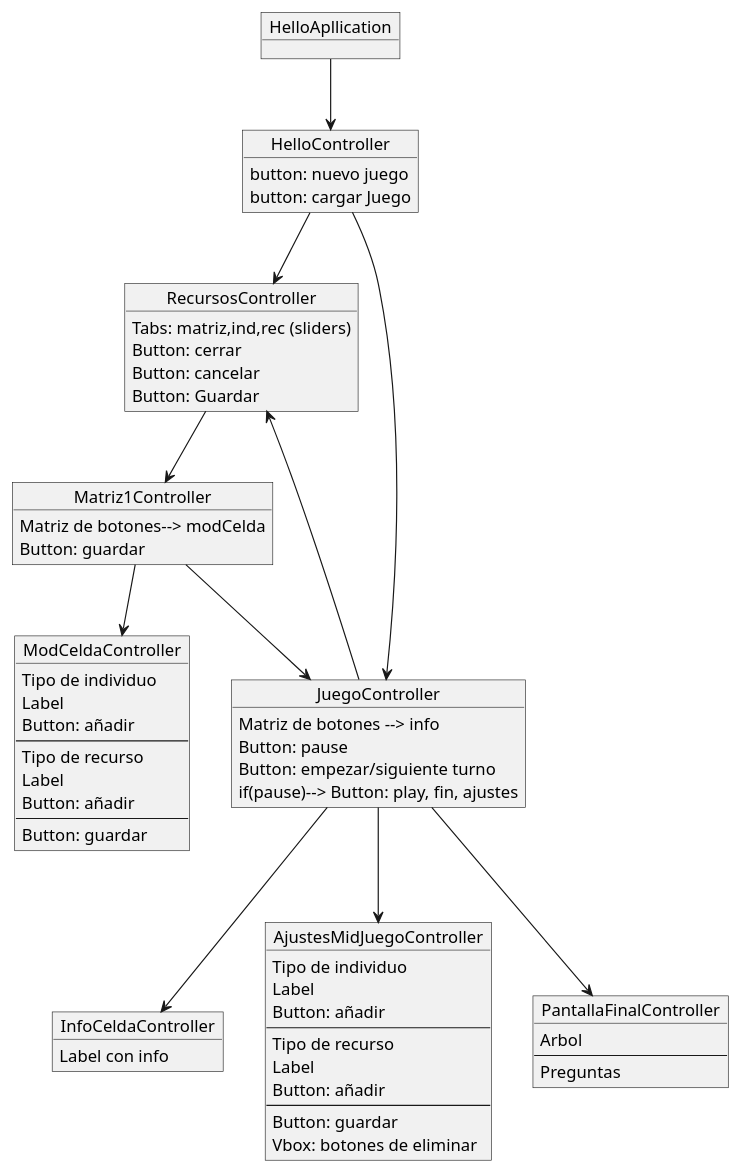
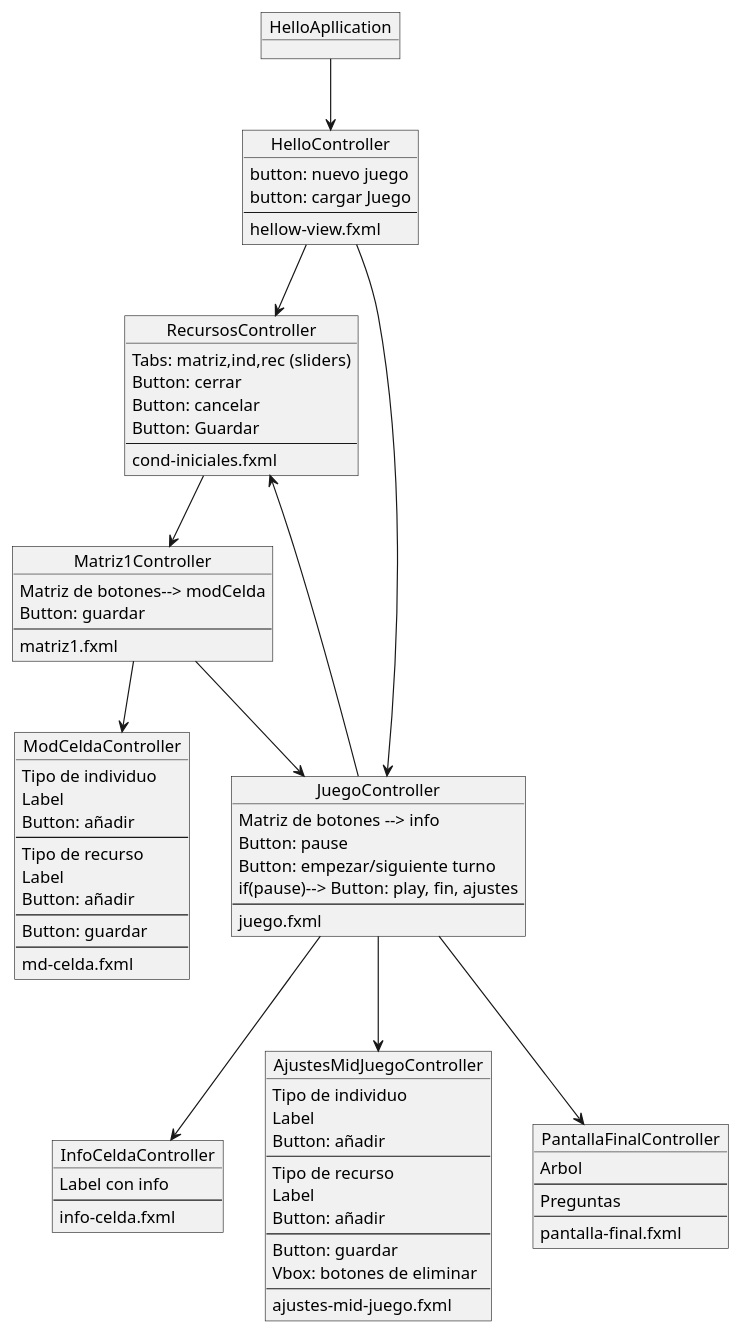
Before and after one commit to irenegarciaman/el-juego-de-la-vida-Irene-y-Sandra: the diagram in src/main/java/com/example/demojavafx/UML/Vista.puml, drawn with PlantUML. The commit also changed 50 other files, not shown here.

```diff
--- a/src/main/java/com/example/demojavafx/UML/Vista.puml
+++ b/src/main/java/com/example/demojavafx/UML/Vista.puml
@@ -1,71 +1,87 @@
 @startuml
 'https://plantuml.com/object-diagram
 
 
 object RecursosController{
 Tabs: matriz,ind,rec (sliders)
 Button: cerrar
 Button: cancelar
 Button: Guardar
+--
+cond-iniciales.fxml
 }
 object JuegoController{
 Matriz de botones --> info
 Button: pause
 Button: empezar/siguiente turno
 if(pause)--> Button: play, fin, ajustes
+--
+juego.fxml
 }
 
 object Matriz1Controller{
 Matriz de botones--> modCelda
 Button: guardar
+--
+matriz1.fxml
 }
 object ModCeldaController{
 Tipo de individuo
 Label
 Button: añadir
 --
 Tipo de recurso
 Label
 Button: añadir
 --
 Button: guardar
+--
+md-celda.fxml
 }
 object InfoCeldaController{
 Label con info
+--
+info-celda.fxml
 }
 object AjustesMidJuegoController{
 Tipo de individuo
 Label
 Button: añadir
 --
 Tipo de recurso
 Label
 Button: añadir
 --
 Button: guardar
 Vbox: botones de eliminar
+--
+ajustes-mid-juego.fxml
 }
 object PantallaFinalController{
 Arbol
 --
 Preguntas
+--
+pantalla-final.fxml
 }
 object HelloApllication
 object HelloController{
 button: nuevo juego
 button: cargar Juego
+--
+hellow-view.fxml
 }
 HelloApllication --> HelloController
 HelloController --> RecursosController
 RecursosController --> Matriz1Controller
 Matriz1Controller --> JuegoController
 HelloController --> JuegoController
 JuegoController --> InfoCeldaController
 JuegoController --> AjustesMidJuegoController
 JuegoController --> PantallaFinalController
 Matriz1Controller --> ModCeldaController
 JuegoController --> RecursosController
 
 
 
 @enduml
```
